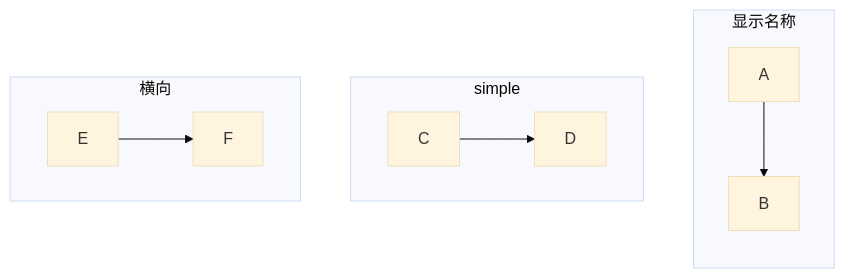
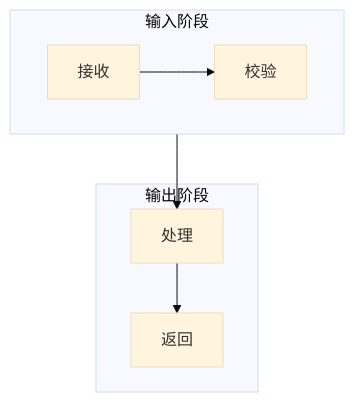
One commit to liu-qingyuan/skills-sync-lqy changed the third of 10 diagrams in skills/lqy-curated/mermaid-visualizer/references/syntax-rules.md. Above: the diagram before and after it, drawn with Mermaid (base theme). The commit also changed other lines of this file, not shown here.

Commit message:
refactor(mermaid-visualizer): simplify syntax reference

````diff
--- a/skills/lqy-curated/mermaid-visualizer/references/syntax-rules.md
+++ b/skills/lqy-curated/mermaid-visualizer/references/syntax-rules.md
@@ -146,19 +48,13 @@
 ```mermaid
-graph TB
-    %% 使用 ID 和显示名称的正确格式
-    subgraph id["显示名称"]
-        direction TB
-        A --> B
+flowchart TB
+    subgraph input["输入阶段"]
+        direction LR
+        A[接收] --> B[校验]
     end
 
-    %% 只使用不含空格的简单 ID
-    subgraph simple
-        C --> D
+    subgraph output["输出阶段"]
+        C[处理] --> D[返回]
     end
 
-    %% 在子图内设置方向
-    subgraph horiz["横向"]
-        direction LR
-        E --> F
-    end
+    B --> C
 ```
````
